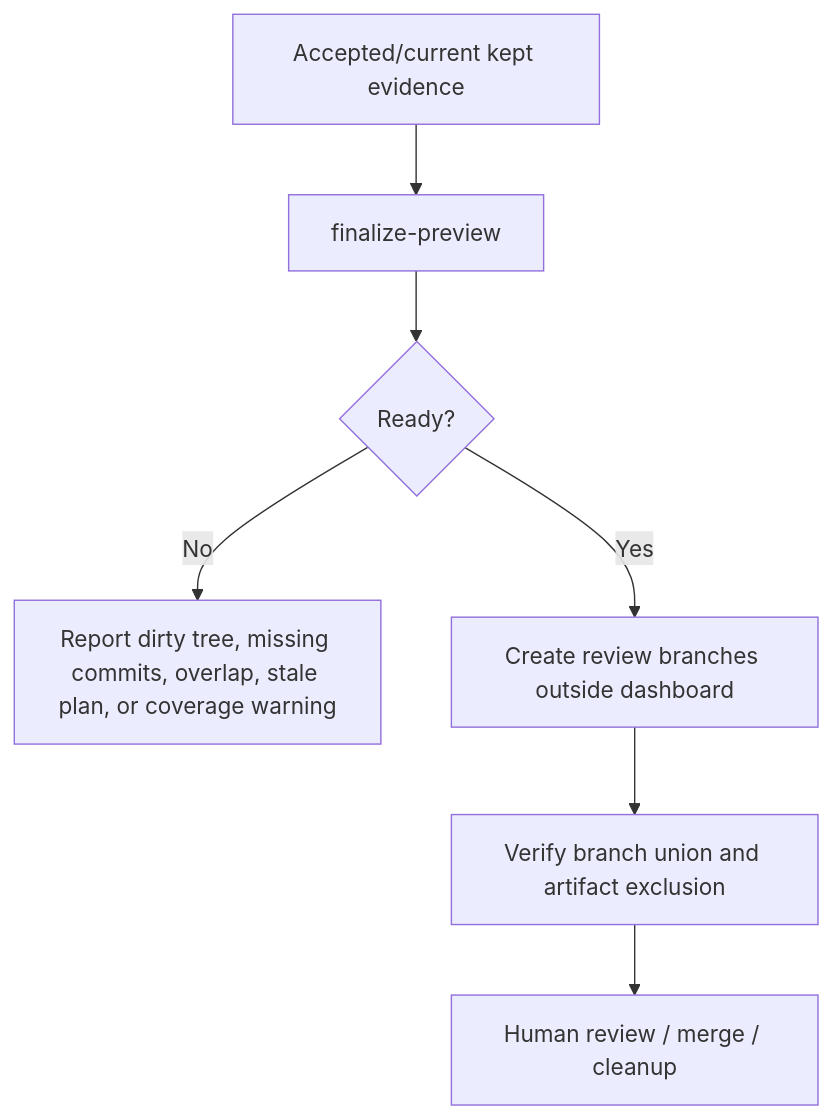
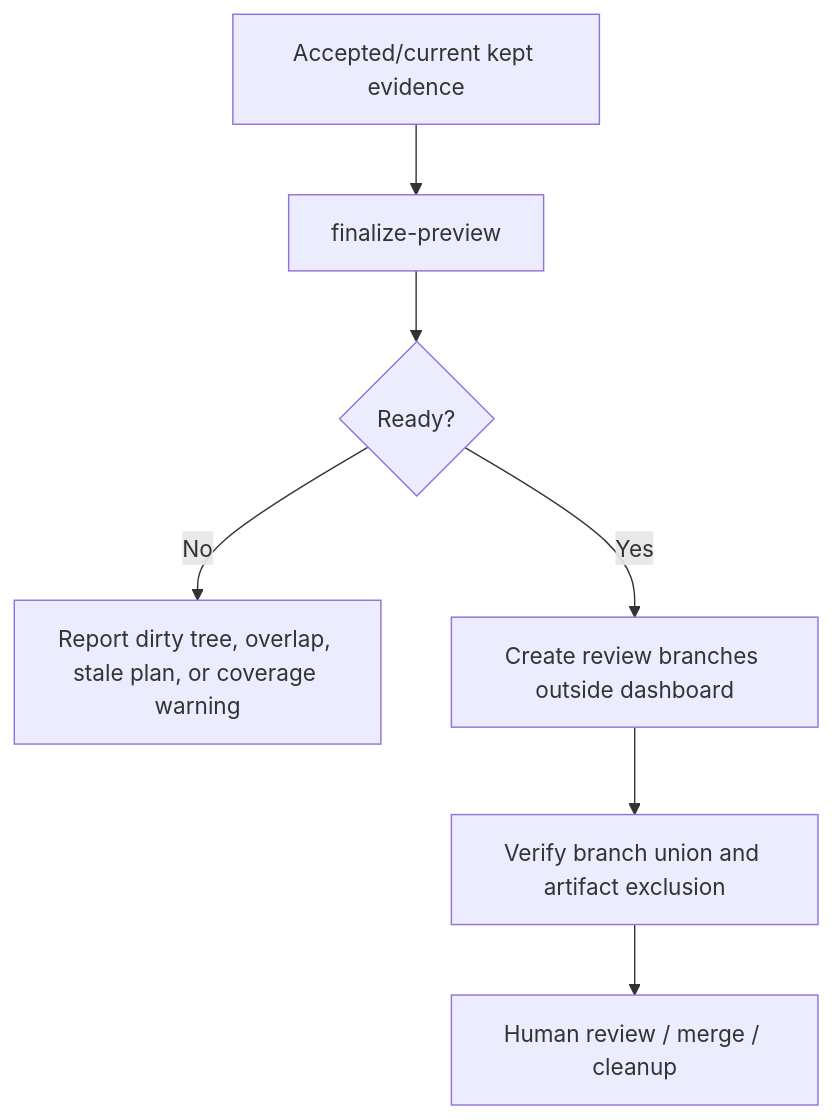
Before and after one commit to TheGreenCedar/codex-autoresearch: the eighth of 8 diagrams in plugins/codex-autoresearch/docs/architecture.md, drawn with Mermaid. The commit also changed other lines of this file and 27 other files, not shown here.

````diff
--- a/plugins/codex-autoresearch/docs/architecture.md
+++ b/plugins/codex-autoresearch/docs/architecture.md
@@ -150,9 +147,9 @@
 ```mermaid
 flowchart TD
   A["Accepted/current kept evidence"] --> B["finalize-preview"]
   B --> C{"Ready?"}
-  C -- "No" --> D["Report dirty tree, missing commits, overlap, stale plan, or coverage warning"]
+  C -- "No" --> D["Report dirty tree, overlap, stale plan, or coverage warning"]
   C -- "Yes" --> E["Create review branches outside dashboard"]
   E --> F["Verify branch union and artifact exclusion"]
   F --> G["Human review / merge / cleanup"]
 ```
````
